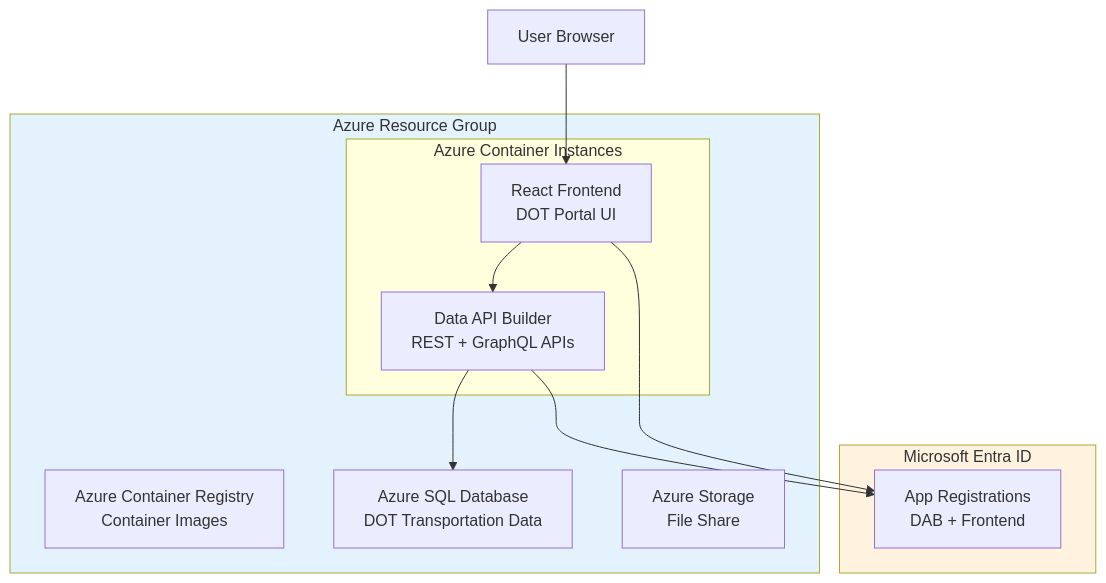
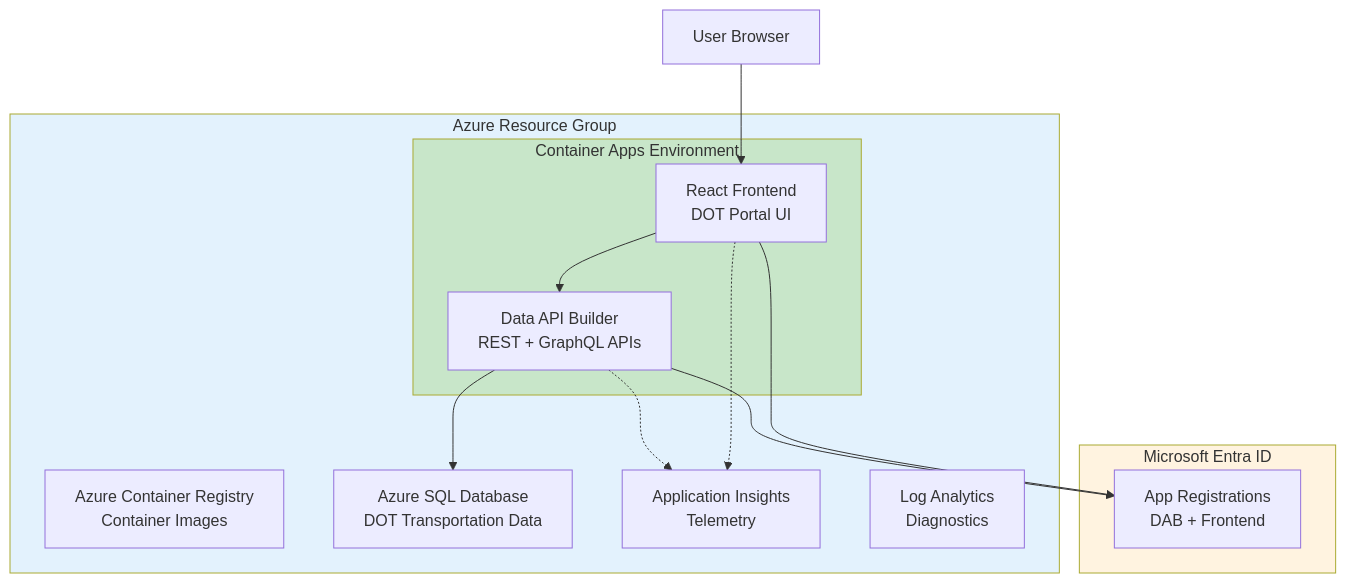
Before and after one commit to fgarofalo56/azure-dab-fullstack-demo: the diagram in docs/deployment-guide-portal.md, drawn with Mermaid. The commit also changed other lines of this file and 40 other files, not shown here.

````diff
--- a/docs/deployment-guide-portal.md
+++ b/docs/deployment-guide-portal.md
@@ -27,26 +40,31 @@
 ```mermaid
 graph TB
     subgraph Azure["Azure Resource Group"]
         ACR["Azure Container Registry<br/>Container Images"]
         SQL["Azure SQL Database<br/>DOT Transportation Data"]
-        Storage["Azure Storage<br/>File Share"]
 
-        subgraph ACI["Azure Container Instances"]
+        subgraph CAE["Container Apps Environment"]
             DAB["Data API Builder<br/>REST + GraphQL APIs"]
             Frontend["React Frontend<br/>DOT Portal UI"]
         end
+
+        AppInsights["Application Insights<br/>Telemetry"]
+        LAW["Log Analytics<br/>Diagnostics"]
     end
 
     subgraph Auth["Microsoft Entra ID"]
         AppReg["App Registrations<br/>DAB + Frontend"]
     end
 
     User["User Browser"] --> Frontend
     Frontend --> DAB
     DAB --> SQL
     DAB --> AppReg
     Frontend --> AppReg
+    DAB -.-> AppInsights
+    Frontend -.-> AppInsights
 
     style Azure fill:#e3f2fd
     style Auth fill:#fff3e0
+    style CAE fill:#c8e6c9
 ```
````
